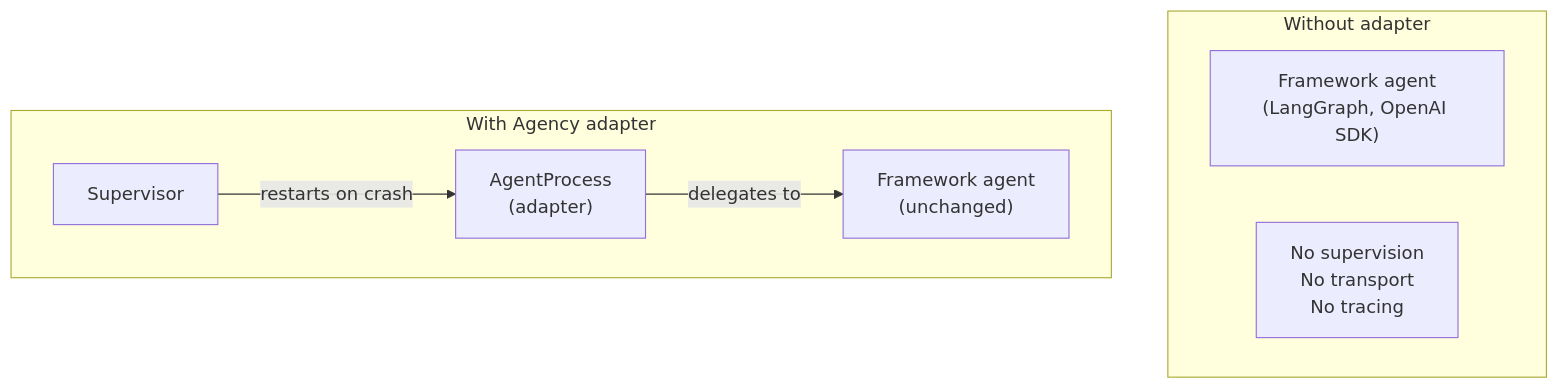
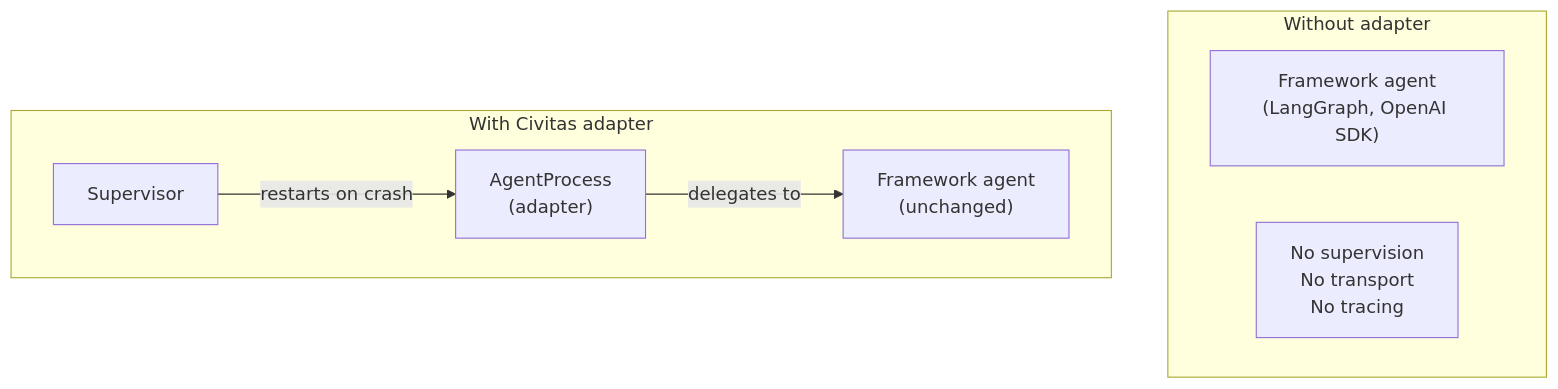
The diagram in docs/adapters.md (jerynmathew/python-civitas), drawn with Mermaid before and after one commit. The commit also changed other lines of this file and 190 other files, not shown here.

First line of the commit message:
rename: agency → civitas

````diff
--- a/docs/adapters.md
+++ b/docs/adapters.md
@@ -9,15 +9,15 @@
 ```mermaid
 graph TD
     subgraph "Without adapter"
         FW["Framework agent\n(LangGraph, OpenAI SDK)"]
         Note["No supervision\nNo transport\nNo tracing"]
     end
 
-    subgraph "With Agency adapter"
+    subgraph "With Civitas adapter"
         S["Supervisor"]
         A["AgentProcess\n(adapter)"]
         FW2["Framework agent\n(unchanged)"]
         S -->|"restarts on crash"| A
         A -->|"delegates to"| FW2
     end
 ```
````
